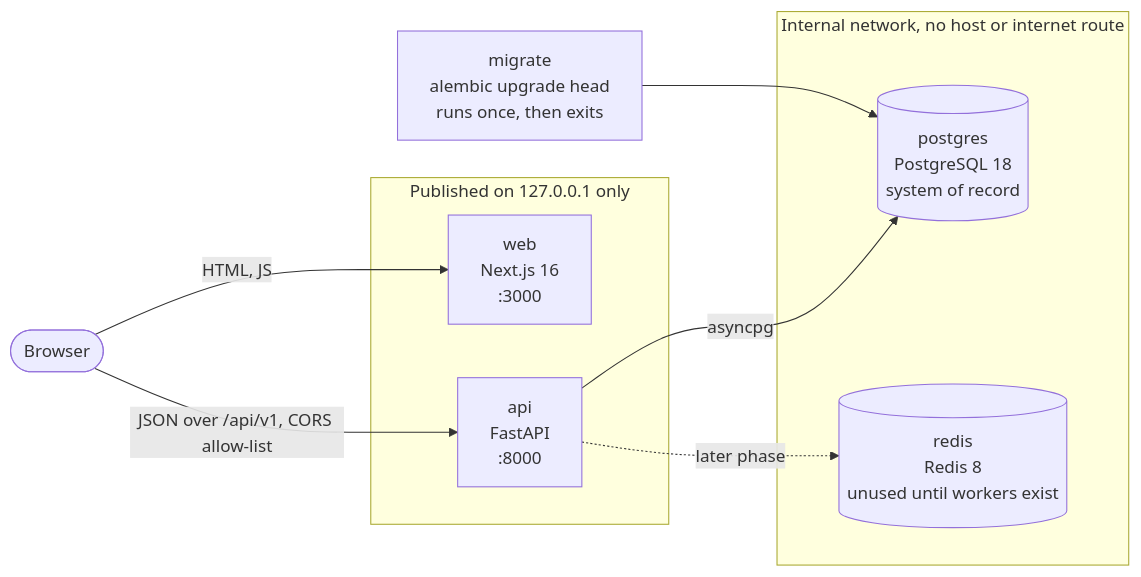
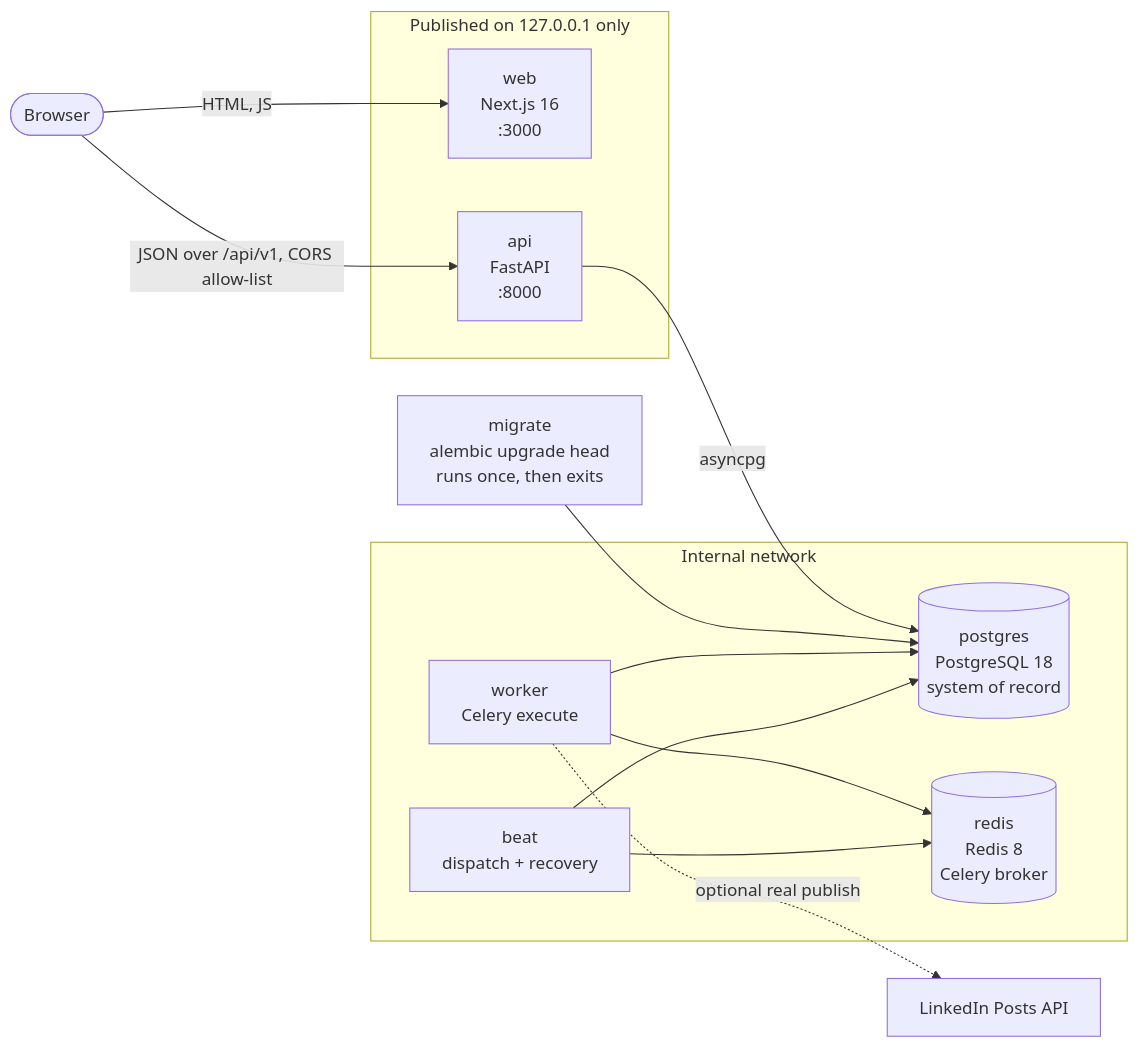
One commit to prince-1104/PostPilot-AI changed the diagram in README.md. Above: the diagram before and after it, drawn with Mermaid. The commit also changed other lines of this file and 23 other files, not shown here.

Commit message:
Wire RealLinkedInPublisher into the existing Celery engine, resolve person URNs from OIDC identity, and surface readiness/permalink UI without enabling live posts by default.

````diff
--- a/README.md
+++ b/README.md
@@ -17,22 +18,28 @@
 ```mermaid
 flowchart LR
     browser([Browser])
 
     subgraph host["Published on 127.0.0.1 only"]
         web["web<br/>Next.js 16<br/>:3000"]
         api["api<br/>FastAPI<br/>:8000"]
     end
 
-    subgraph internal["Internal network, no host or internet route"]
+    subgraph internal["Internal network"]
         postgres[("postgres<br/>PostgreSQL 18<br/>system of record")]
-        redis[("redis<br/>Redis 8<br/>unused until workers exist")]
+        redis[("redis<br/>Redis 8<br/>Celery broker")]
+        worker["worker<br/>Celery execute"]
+        beat["beat<br/>dispatch + recovery"]
     end
 
     migrate["migrate<br/>alembic upgrade head<br/>runs once, then exits"]
 
     browser -->|HTML, JS| web
     browser -->|"JSON over /api/v1, CORS allow-list"| api
     api -->|asyncpg| postgres
     migrate --> postgres
-    api -.->|later phase| redis
+    worker --> redis
+    worker --> postgres
+    beat --> redis
+    beat --> postgres
+    worker -.->|optional real publish| linkedin[LinkedIn Posts API]
 ```
````
